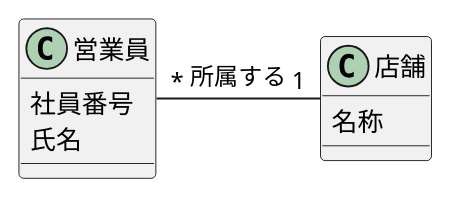
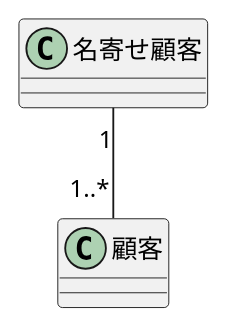
Before and after one commit to yinm/uml-modeling-lesson: the diagram in ch08/sample.puml, drawn with PlantUML.

Commit message:
Add lesson29

```diff
--- a/ch08/sample.puml
+++ b/ch08/sample.puml
@@ -1,14 +1,11 @@
 @startuml
 
-class 営業員 {
-  社員番号
-  氏名
+class 名寄せ顧客 {
 }
 
-class 店舗 {
-  名称
+class 顧客 {
 }
 
-営業員 "*"-r-"1" 店舗 : 所属する
+名寄せ顧客 "1"--"1..*" 顧客
 
 @enduml
```
